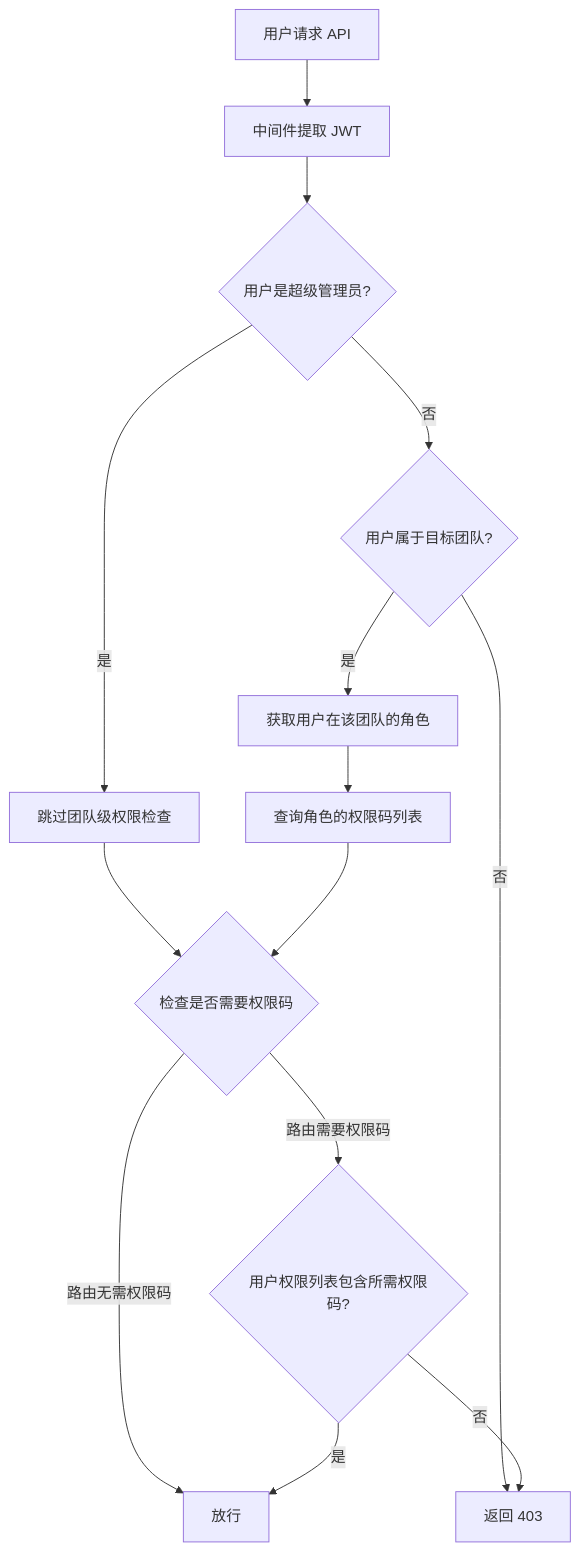
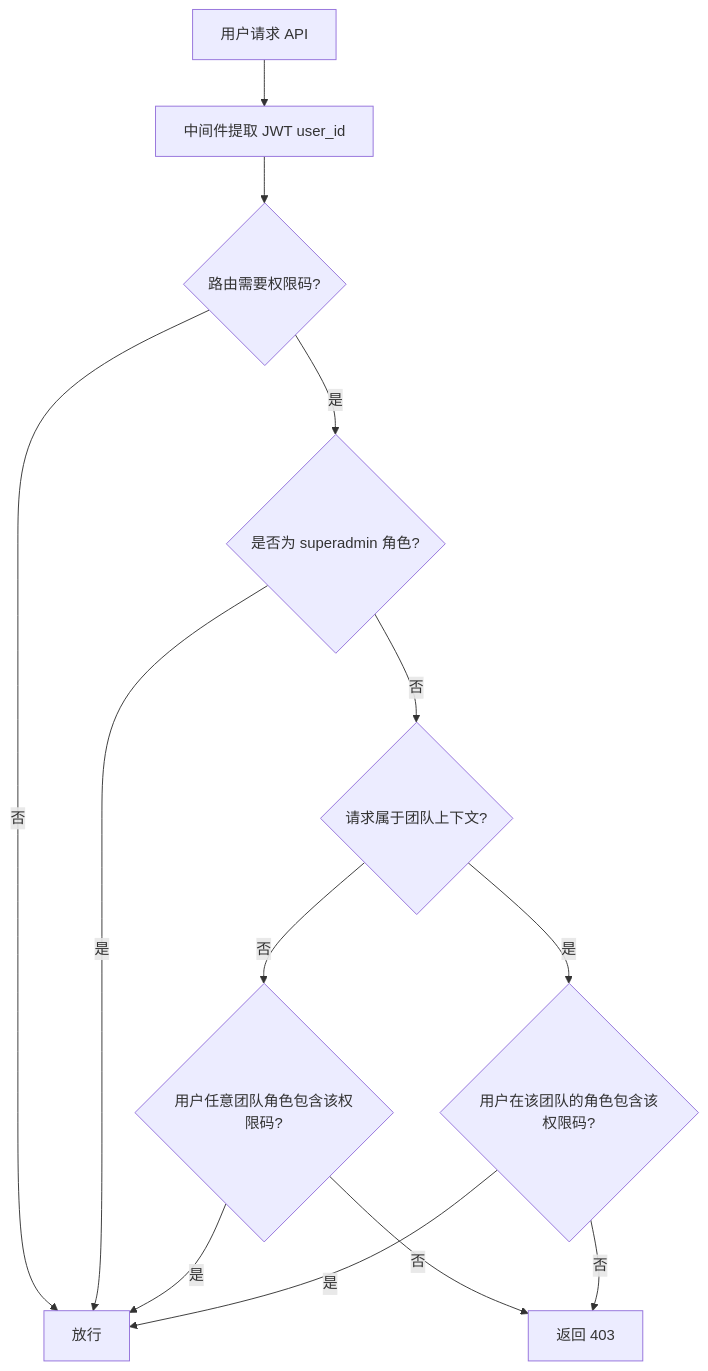
Before and after one commit to bigfaner/pm-work-tracker: the third of 3 diagrams in docs/features/rbac-permissions/prd/prd-spec.md, drawn with Mermaid. The commit also changed other lines of this file and 29 other files, not shown here.

````diff
--- a/docs/features/rbac-permissions/prd/prd-spec.md
+++ b/docs/features/rbac-permissions/prd/prd-spec.md
@@ -129,16 +128,15 @@
 ```mermaid
 flowchart TD
-    A[用户请求 API] --> B[中间件提取 JWT]
-    B --> C{用户是超级管理员?}
-    C -->|是| D[跳过团队级权限检查]
-    D --> E{检查是否需要权限码}
-    C -->|否| F{用户属于目标团队?}
+    A[用户请求 API] --> B[中间件提取 JWT user_id]
+    B --> C{路由需要权限码?}
+    C -->|否| J[放行]
+    C -->|是| D{是否为 superadmin 角色?}
+    D -->|是| J
+    D -->|否| E{请求属于团队上下文?}
+    E -->|否| F{用户任意团队角色包含该权限码?}
+    F -->|是| J
     F -->|否| G[返回 403]
-    F -->|是| H[获取用户在该团队的角色]
-    H --> I[查询角色的权限码列表]
-    I --> E
-    E -->|路由无需权限码| J[放行]
-    E -->|路由需要权限码| K{用户权限列表包含所需权限码?}
-    K -->|是| J
-    K -->|否| G
+    E -->|是| H{用户在该团队的角色包含该权限码?}
+    H -->|是| J
+    H -->|否| G
 ```
````
